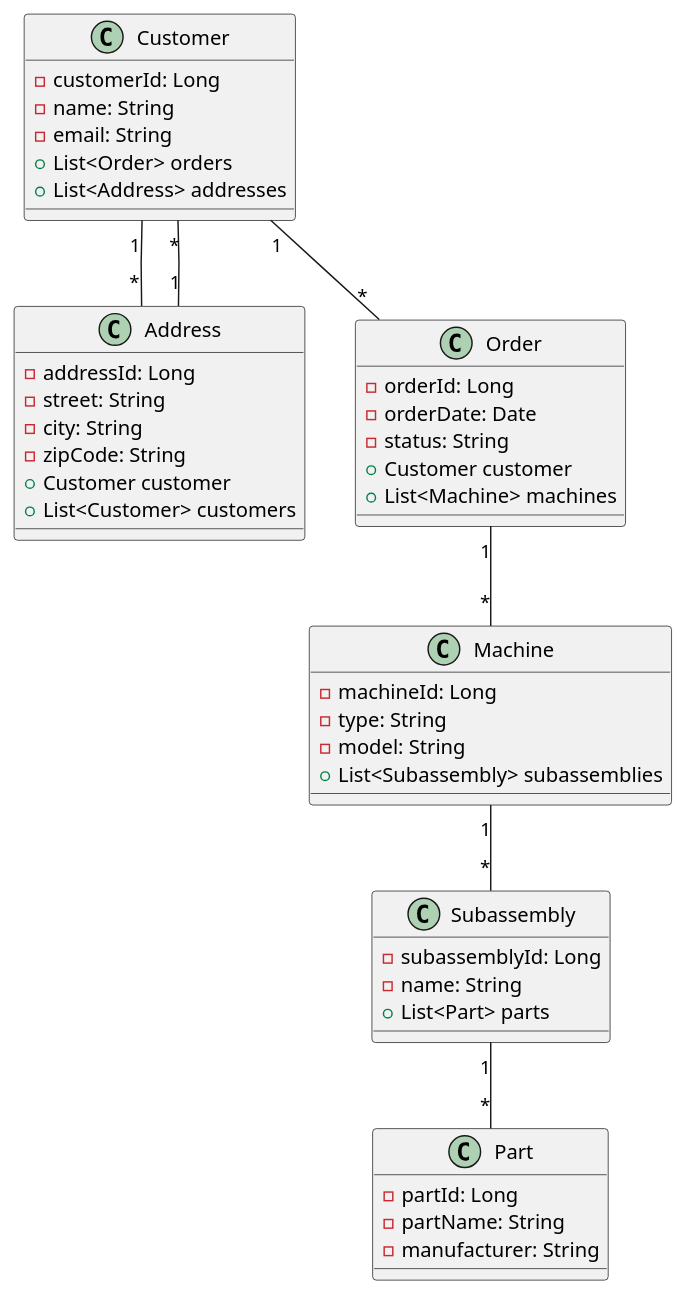
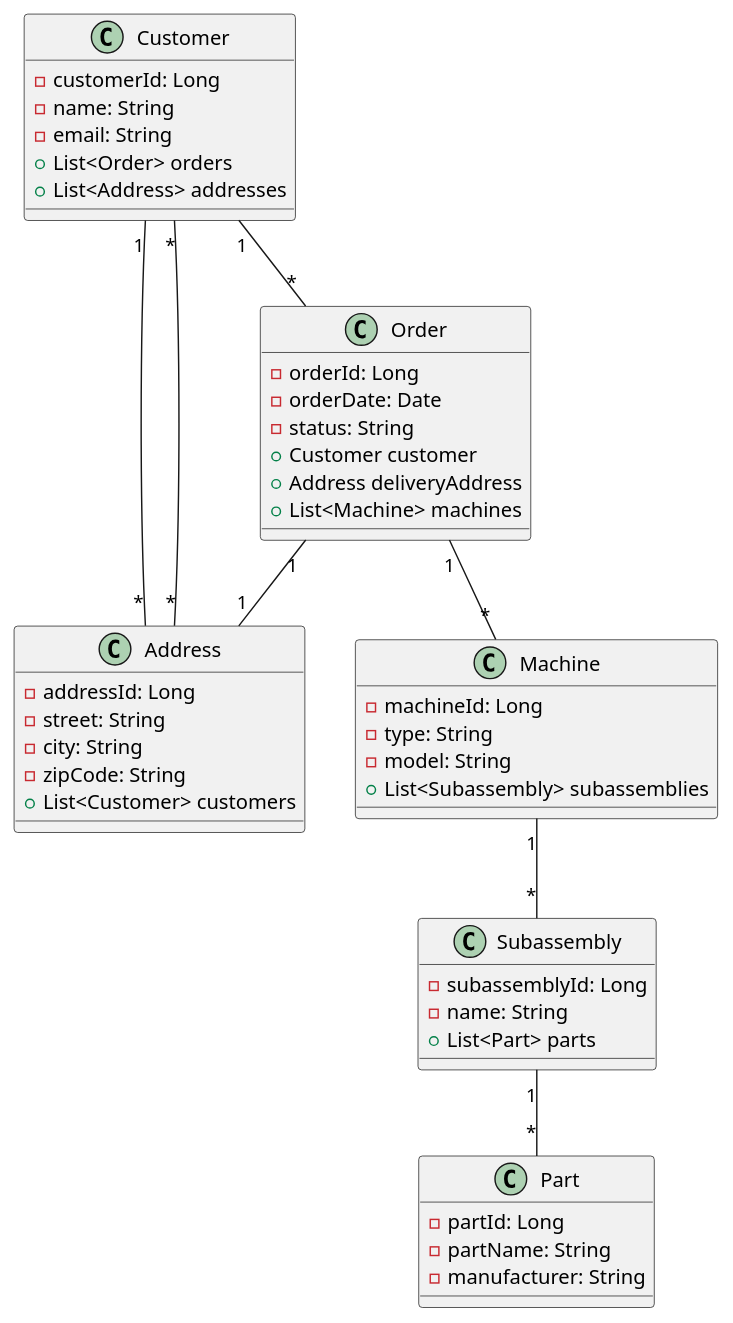
One commit to nisjety/MachineFactory changed the diagram in src/main/resources/UML/MachineFactoryUML.puml. Above: the diagram before and after it, drawn with PlantUML. The commit also changed 5 other files, not shown here.

Commit message:
added a address class, order class, machine class, changed repository list to use pagin and changed the test to test the new pagin methods(14t pass)

```diff
--- a/src/main/resources/UML/MachineFactoryUML.puml
+++ b/src/main/resources/UML/MachineFactoryUML.puml
@@ -1,54 +1,55 @@
 @startuml
 
 class Customer {
   - customerId: Long
   - name: String
   - email: String
   + List<Order> orders
   + List<Address> addresses
 }
 
 class Address {
   - addressId: Long
   - street: String
   - city: String
   - zipCode: String
-  + Customer customer
   + List<Customer> customers
 }
 
 class Order {
   - orderId: Long
   - orderDate: Date
   - status: String
   + Customer customer
+  + Address deliveryAddress
   + List<Machine> machines
 }
 
 class Machine {
   - machineId: Long
   - type: String
   - model: String
   + List<Subassembly> subassemblies
 }
 
 class Subassembly {
   - subassemblyId: Long
   - name: String
   + List<Part> parts
 }
 
 class Part {
   - partId: Long
   - partName: String
   - manufacturer: String
 }
 
 Customer "1" -- "*" Address
 Customer "1" -- "*" Order
-Address "1" -- "*" Customer
+Address "*" -- "*" Customer
+Order "1" -- "1" Address
 Order "1" -- "*" Machine
 Machine "1" -- "*" Subassembly
 Subassembly "1" -- "*" Part
 
 @enduml
```
